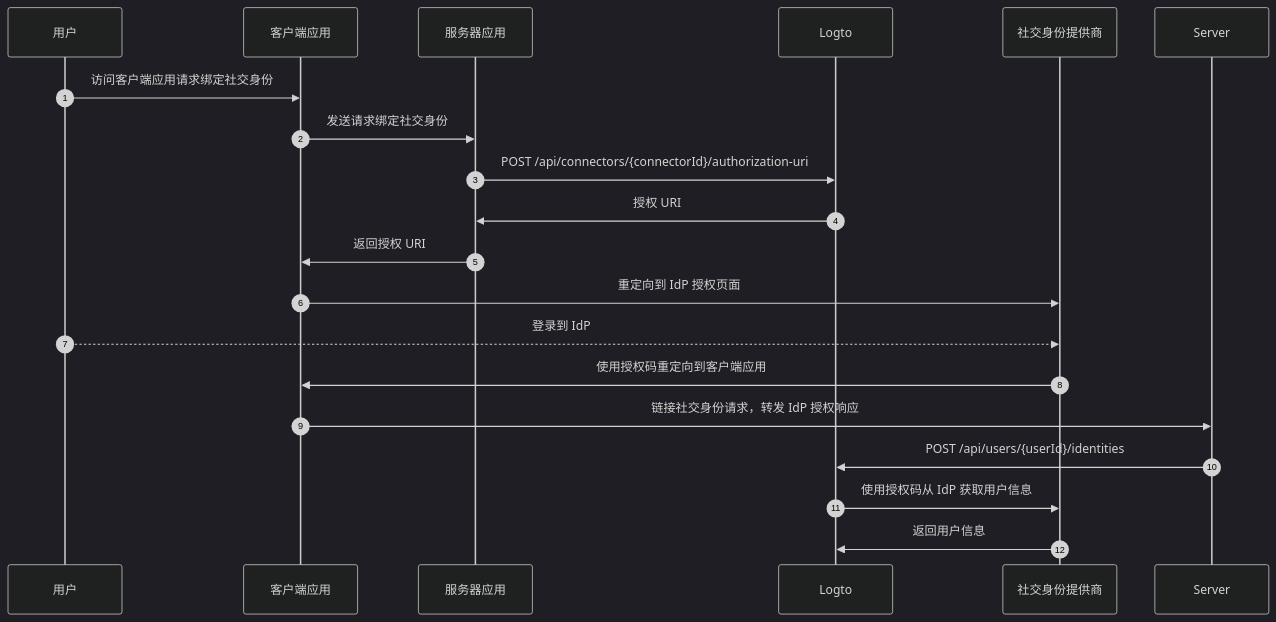
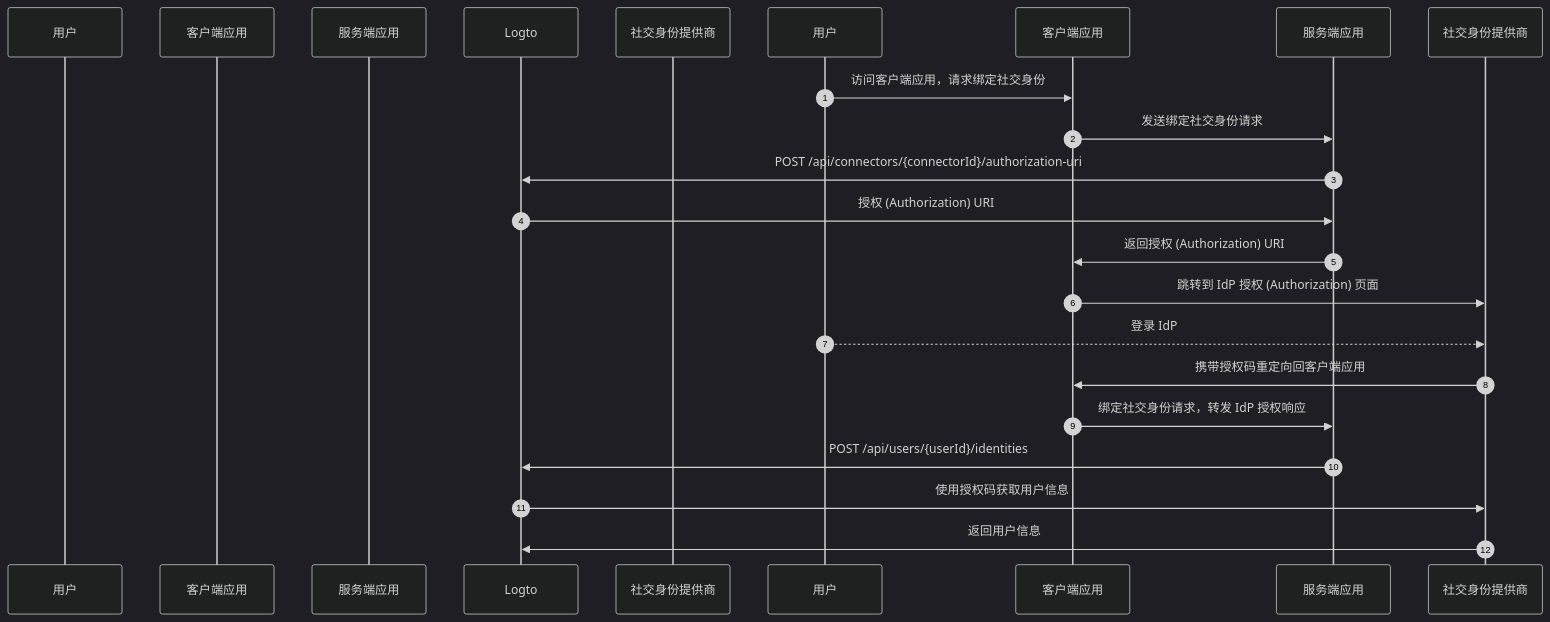
One commit to logto-io/docs changed the third of 3 diagrams in i18n/zh-CN/docusaurus-plugin-content-docs/current/end-user-flows/account-settings/by-management-api.mdx. Above: the diagram before and after it, drawn with Mermaid (dark theme). The commit also changed other lines of this file and 80 other files, not shown here.

````diff
--- a/i18n/zh-CN/docusaurus-plugin-content-docs/current/end-user-flows/account-settings/by-management-api.mdx
+++ b/i18n/zh-CN/docusaurus-plugin-content-docs/current/end-user-flows/account-settings/by-management-api.mdx
@@ -120,22 +120,22 @@
 ```mermaid
 sequenceDiagram
     autoNumber
     participant User as 用户
     participant Client as 客户端应用
-    participant App as 服务器应用
+    participant App as 服务端应用
     participant Logto as Logto
     participant IdP as 社交身份提供商
 
-    User ->> Client: 访问客户端应用请求绑定社交身份
-    Client ->> App: 发送请求绑定社交身份
-    App ->> Logto: POST /api/connectors/{connectorId}/authorization-uri
-    Logto ->> App: 授权 URI
-    App ->> Client: 返回授权 URI
-    Client ->> IdP: 重定向到 IdP 授权页面
-    User -->> IdP: 登录到 IdP
-    IdP ->> Client: 使用授权码重定向到客户端应用
-    Client ->> Server: 链接社交身份请求，转发 IdP 授权响应
-    Server ->> Logto: POST /api/users/{userId}/identities
-    Logto ->> IdP: 使用授权码从 IdP 获取用户信息
-    IdP ->> Logto: 返回用户信息
+    用户 ->> 客户端应用: 访问客户端应用，请求绑定社交身份
+    客户端应用 ->> 服务端应用: 发送绑定社交身份请求
+    服务端应用 ->> Logto: POST /api/connectors/{connectorId}/authorization-uri
+    Logto ->> 服务端应用: 授权 (Authorization) URI
+    服务端应用 ->> 客户端应用: 返回授权 (Authorization) URI
+    客户端应用 ->> 社交身份提供商: 跳转到 IdP 授权 (Authorization) 页面
+    用户 -->> 社交身份提供商: 登录 IdP
+    社交身份提供商 ->> 客户端应用: 携带授权码重定向回客户端应用
+    客户端应用 ->> 服务端应用: 绑定社交身份请求，转发 IdP 授权响应
+    服务端应用 ->> Logto: POST /api/users/{userId}/identities
+    Logto ->> 社交身份提供商: 使用授权码获取用户信息
+    社交身份提供商 ->> Logto: 返回用户信息
 ```
````
